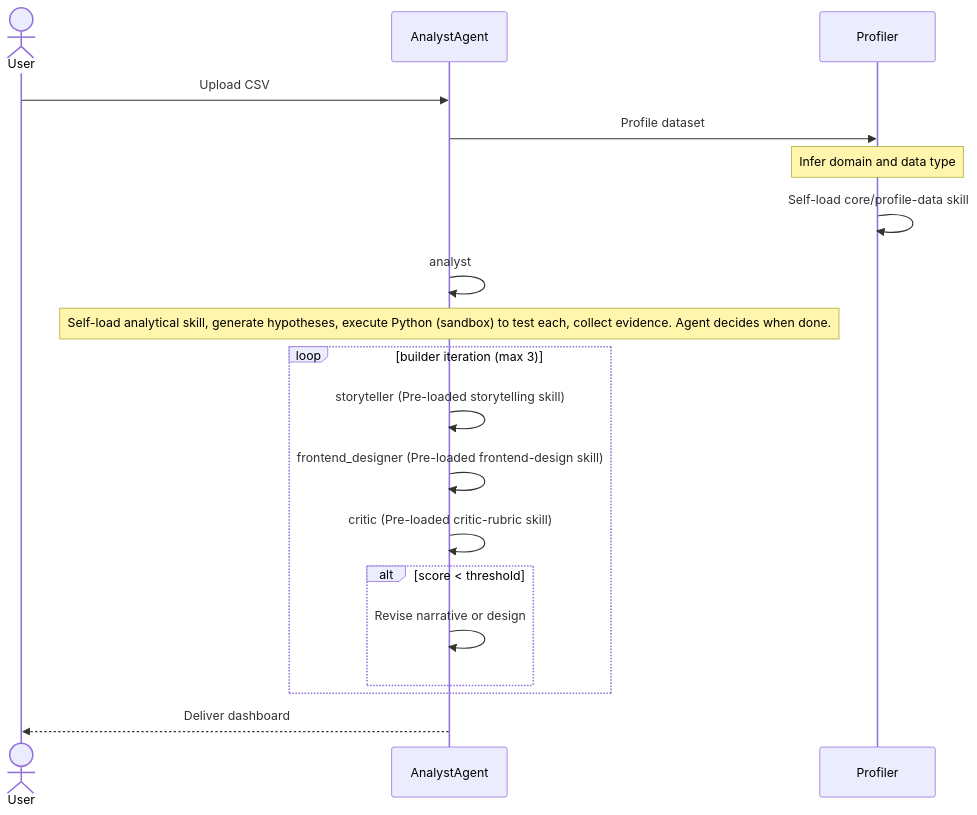
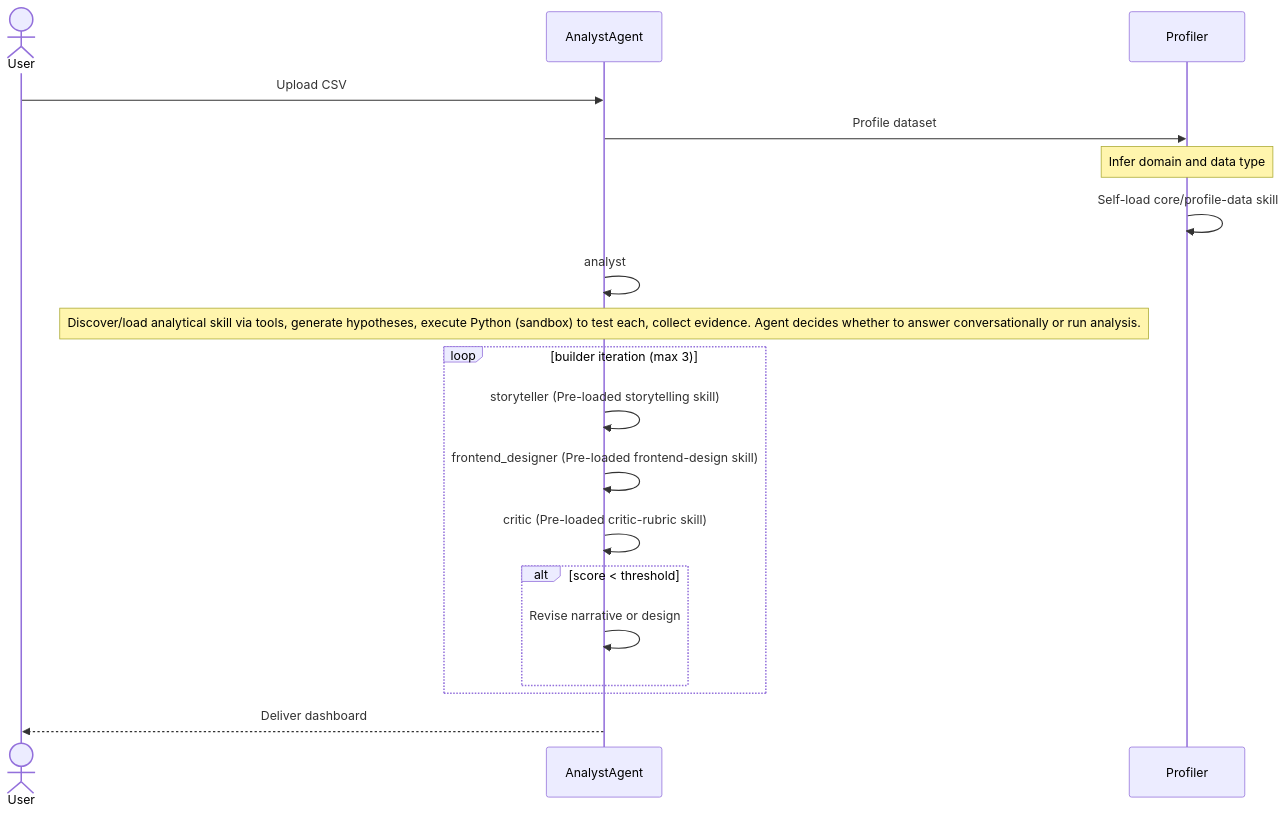
Before and after one commit to chekahchek/auto-analyst: the first of 5 diagrams in design_spec.md, drawn with Mermaid. The commit also changed other lines of this file and 20 other files, not shown here.

````diff
--- a/design_spec.md
+++ b/design_spec.md
@@ -26,25 +26,25 @@
 ```mermaid
 sequenceDiagram
     actor U as User
     participant A as AnalystAgent
     participant P as Profiler
 
     U->>A: Upload CSV
     A->>P: Profile dataset
     Note over P: Infer domain and data type
     P->>P: Self-load core/profile-data skill
 
     A->>A: analyst
-    Note over A: Self-load analytical skill, generate hypotheses, execute Python (sandbox) to test each, collect evidence. Agent decides when done.
+    Note over A: Discover/load analytical skill via tools, generate hypotheses, execute Python (sandbox) to test each, collect evidence. Agent decides whether to answer conversationally or run analysis.
 
     loop builder iteration (max 3)
         A->>A: storyteller (Pre-loaded storytelling skill)
         A->>A: frontend_designer (Pre-loaded frontend-design skill)
         A->>A: critic (Pre-loaded critic-rubric skill)
         alt score < threshold
             A->>A: Revise narrative or design
         end
     end
 
     A-->>U: Deliver dashboard
 ```
````
